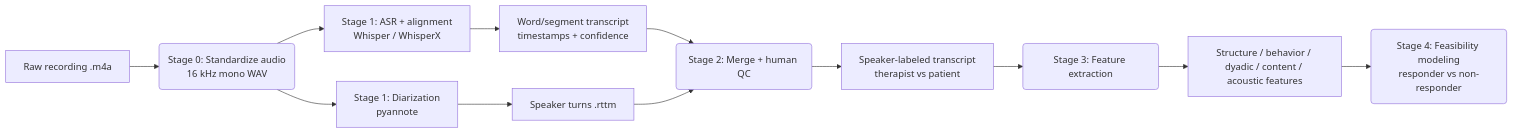
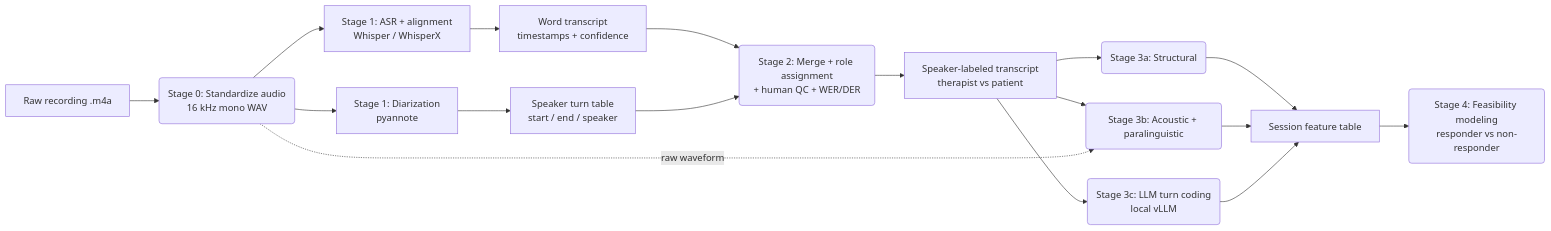
The diagram in README.md (Pirate-Hunter-Zoro/PSYCH-ASR), drawn with Mermaid before and after one commit. The commit also changed other lines of this file, not shown here.

````diff
--- a/README.md
+++ b/README.md
@@ -66,14 +66,19 @@
 ```mermaid
 graph LR
     A[Raw recording .m4a] --> B(Stage 0: Standardize audio<br/>16 kHz mono WAV)
     B --> C[Stage 1: ASR + alignment<br/>Whisper / WhisperX]
     B --> D[Stage 1: Diarization<br/>pyannote]
-    C --> E[Word/segment transcript<br/>timestamps + confidence]
-    D --> F[Speaker turns .rttm]
-    E --> G(Stage 2: Merge + human QC)
+    C --> E[Word transcript<br/>timestamps + confidence]
+    D --> F[Speaker turn table<br/>start / end / speaker]
+    E --> G(Stage 2: Merge + role assignment<br/>+ human QC + WER/DER)
     F --> G
     G --> H[Speaker-labeled transcript<br/>therapist vs patient]
-    H --> I(Stage 3: Feature extraction)
-    I --> J[Structure / behavior / dyadic / content / acoustic features]
+    H --> I1(Stage 3a: Structural)
+    H --> I2(Stage 3b: Acoustic + paralinguistic)
+    B -. raw waveform .-> I2
+    H --> I3(Stage 3c: LLM turn coding<br/>local vLLM)
+    I1 --> J[Session feature table]
+    I2 --> J
+    I3 --> J
     J --> K(Stage 4: Feasibility modeling<br/>responder vs non-responder)
 ```
````
